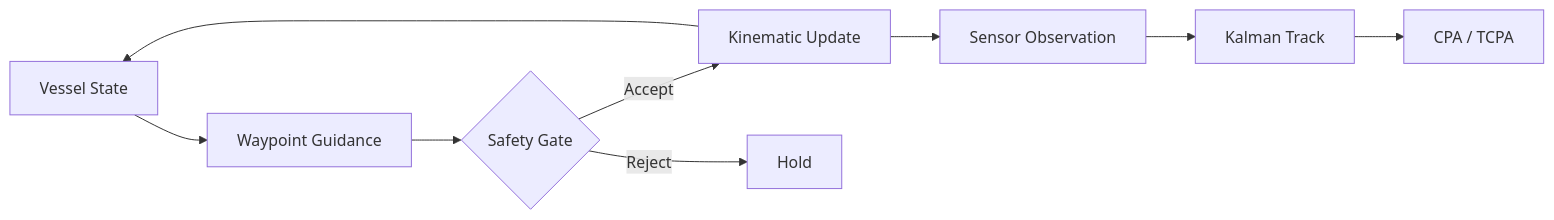
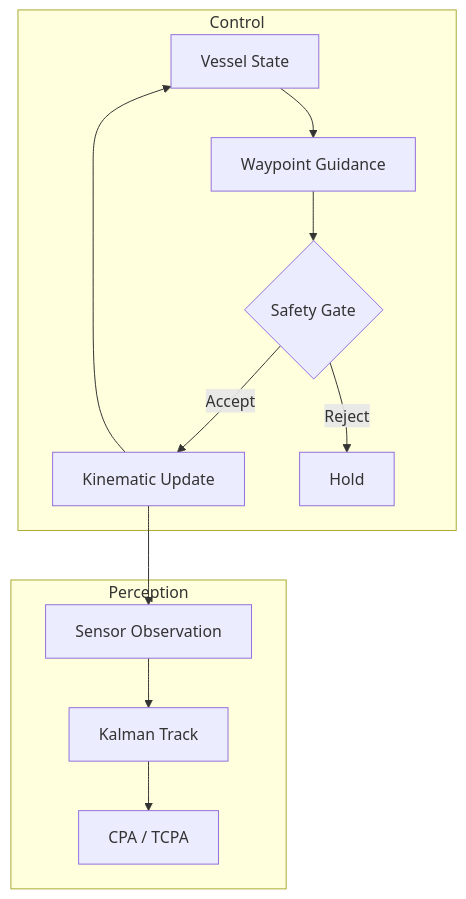
Before and after one commit to AHMADALIPARR/sea_hunter_research: the first of 2 diagrams in README.md, drawn with Mermaid. The commit also changed other lines of this file, not shown here.

Commit message:
Improve mermaid diagrams with subgraphs and top-down layout

````diff
--- a/README.md
+++ b/README.md
@@ -108,11 +108,23 @@
 ```mermaid
-flowchart LR
-    state[Vessel State] --> guidance[Waypoint Guidance]
-    guidance --> gate{Safety Gate}
-    gate -->|Accept| update[Kinematic Update]
-    gate -->|Reject| hold[Hold]
-    update --> sensor[Sensor Observation]
-    sensor --> track[Kalman Track]
-    track --> cpa[CPA / TCPA]
+flowchart TB
+    subgraph Control
+        state[Vessel State]
+        guidance[Waypoint Guidance]
+        gate{Safety Gate}
+        update[Kinematic Update]
+        hold[Hold]
+    end
+    subgraph Perception
+        sensor[Sensor Observation]
+        track[Kalman Track]
+        cpa[CPA / TCPA]
+    end
+    state --> guidance
+    guidance --> gate
+    gate -->|Accept| update
+    gate -->|Reject| hold
+    update --> sensor
+    sensor --> track
+    track --> cpa
     update --> state
 ```
````
